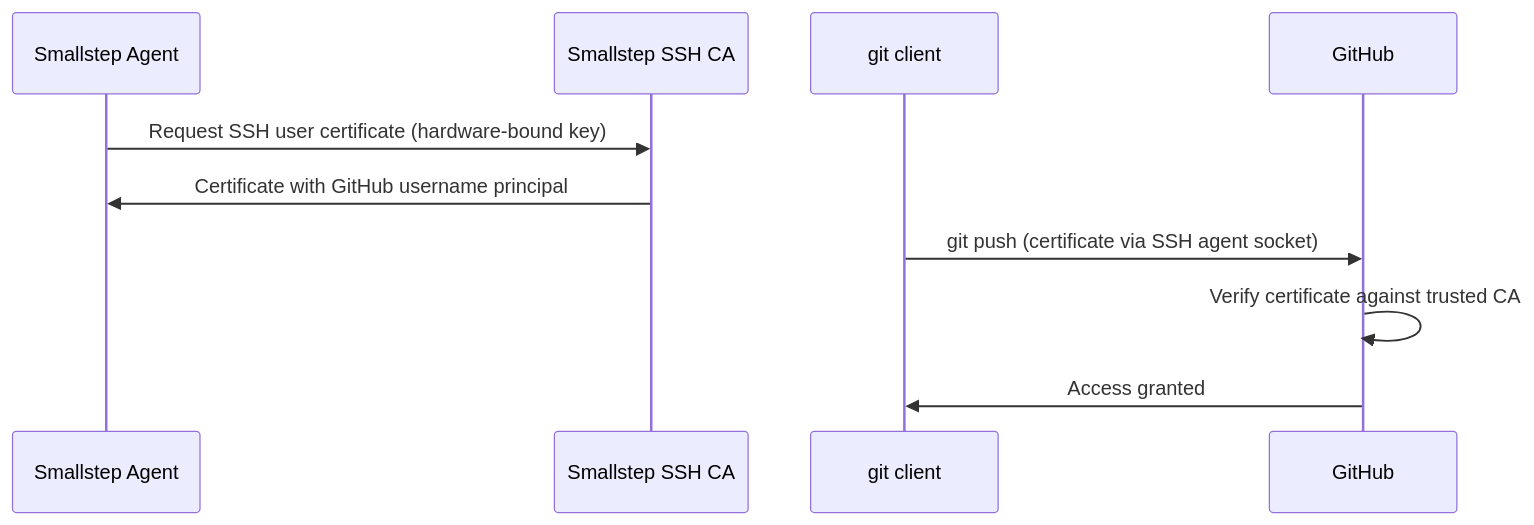
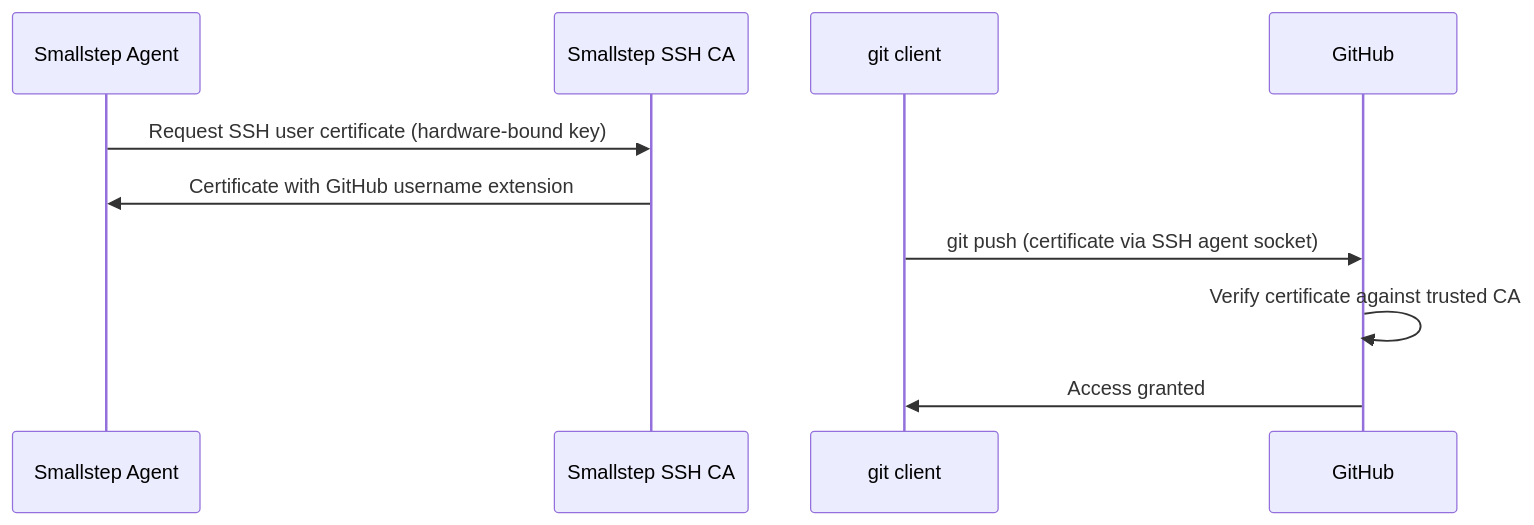
One commit to smallstep/docs changed the diagram in tutorials/protect-github-ssh.mdx. Above: the diagram before and after it, drawn with Mermaid. The commit also changed other lines of this file, not shown here.

First line of the commit message:
Protect GitHub tutorial: correct the credential request and username mapping (#569)

````diff
--- a/tutorials/protect-github-ssh.mdx
+++ b/tutorials/protect-github-ssh.mdx
@@ -18,12 +18,12 @@
 ```mermaid
 sequenceDiagram
   participant Agent as Smallstep Agent
   participant CA as Smallstep SSH CA
   participant Git as git client
   participant GH as GitHub
   Agent->>CA: Request SSH user certificate (hardware-bound key)
-  CA->>Agent: Certificate with GitHub username principal
+  CA->>Agent: Certificate with GitHub username extension
   Git->>GH: git push (certificate via SSH agent socket)
   GH->>GH: Verify certificate against trusted CA
   GH->>Git: Access granted
 ```
````
